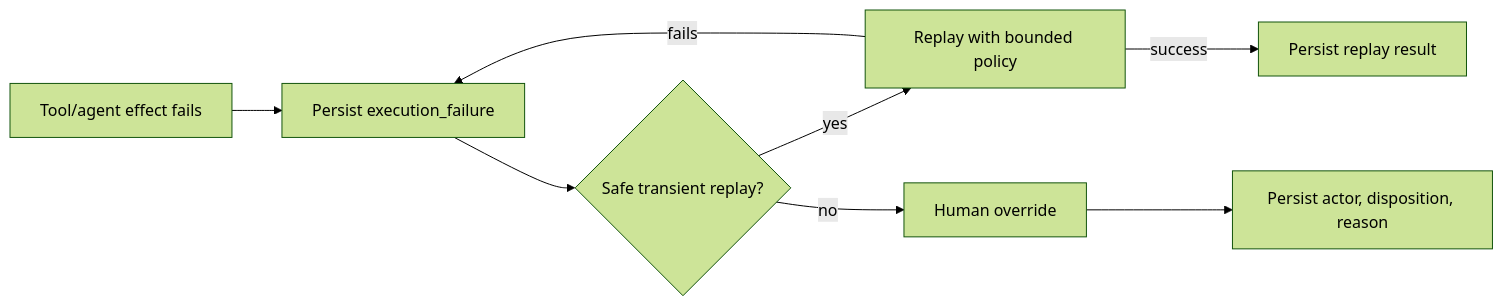
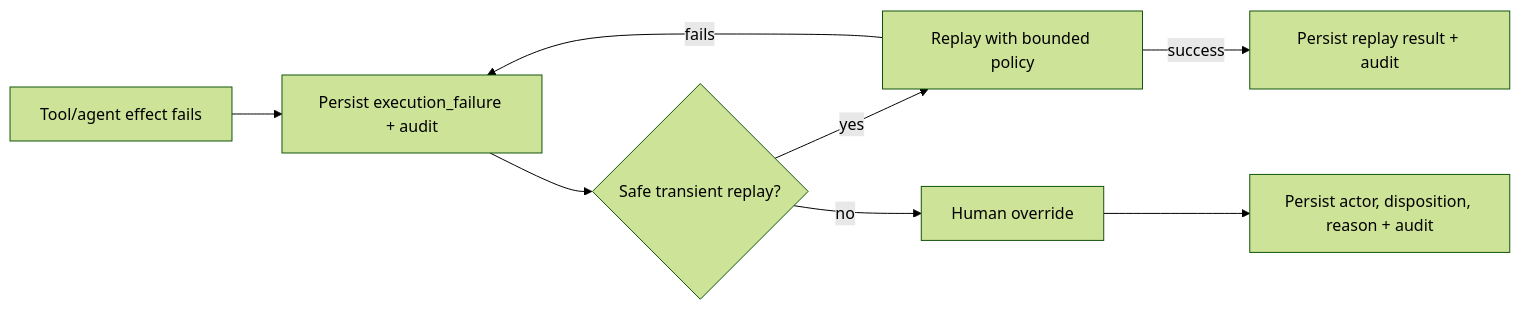
One commit to mkleinbe/mesh-ai-agent-cos-universe changed the second of 3 diagrams in docs/runbook.md. Above: the diagram before and after it, drawn with Mermaid (forest theme). The commit also changed other lines of this file, not shown here.

````diff
--- a/docs/runbook.md
+++ b/docs/runbook.md
@@ -71,10 +103,10 @@
 ```mermaid
 flowchart LR
-    FAIL[Tool/agent effect fails] --> REC[Persist execution_failure]
+    FAIL[Tool/agent effect fails] --> REC[Persist execution_failure + audit]
     REC --> AUTO{Safe transient replay?}
     AUTO -->|yes| REPLAY[Replay with bounded policy]
     AUTO -->|no| HUMAN[Human override]
-    REPLAY -->|success| DONE[Persist replay result]
+    REPLAY -->|success| DONE[Persist replay result + audit]
     REPLAY -->|fails| REC
-    HUMAN --> OVERRIDE[Persist actor, disposition, reason]
+    HUMAN --> OVERRIDE[Persist actor, disposition, reason + audit]
 ```
````
